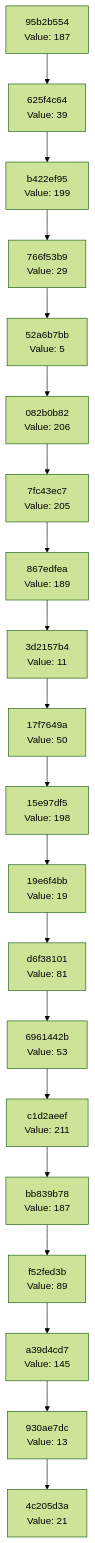
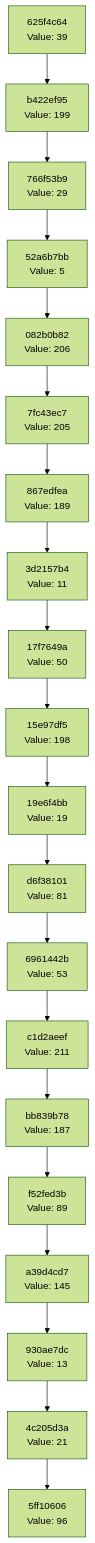
The diagram in docs/CHAIN_VISUALIZATION.md (Abhisheksinha1506/hash-chain-evolver), drawn with Mermaid (forest theme) before and after one commit. The commit also changed 3 other files, not shown here.

````diff
--- a/docs/CHAIN_VISUALIZATION.md
+++ b/docs/CHAIN_VISUALIZATION.md
@@ -3,42 +3,42 @@
 ```mermaid
 graph TD
-    C0["4c205d3a<br/>Value: 21"]
-    C1["930ae7dc<br/>Value: 13"]
+    C0["5ff10606<br/>Value: 96"]
+    C1["4c205d3a<br/>Value: 21"]
     C1 --> C0
-    C2["a39d4cd7<br/>Value: 145"]
+    C2["930ae7dc<br/>Value: 13"]
     C2 --> C1
-    C3["f52fed3b<br/>Value: 89"]
+    C3["a39d4cd7<br/>Value: 145"]
     C3 --> C2
-    C4["bb839b78<br/>Value: 187"]
+    C4["f52fed3b<br/>Value: 89"]
     C4 --> C3
-    C5["c1d2aeef<br/>Value: 211"]
+    C5["bb839b78<br/>Value: 187"]
     C5 --> C4
-    C6["6961442b<br/>Value: 53"]
+    C6["c1d2aeef<br/>Value: 211"]
     C6 --> C5
-    C7["d6f38101<br/>Value: 81"]
+    C7["6961442b<br/>Value: 53"]
     C7 --> C6
-    C8["19e6f4bb<br/>Value: 19"]
+    C8["d6f38101<br/>Value: 81"]
     C8 --> C7
-    C9["15e97df5<br/>Value: 198"]
+    C9["19e6f4bb<br/>Value: 19"]
     C9 --> C8
-    C10["17f7649a<br/>Value: 50"]
+    C10["15e97df5<br/>Value: 198"]
     C10 --> C9
-    C11["3d2157b4<br/>Value: 11"]
+    C11["17f7649a<br/>Value: 50"]
     C11 --> C10
-    C12["867edfea<br/>Value: 189"]
+    C12["3d2157b4<br/>Value: 11"]
     C12 --> C11
-    C13["7fc43ec7<br/>Value: 205"]
+    C13["867edfea<br/>Value: 189"]
     C13 --> C12
-    C14["082b0b82<br/>Value: 206"]
+    C14["7fc43ec7<br/>Value: 205"]
     C14 --> C13
-    C15["52a6b7bb<br/>Value: 5"]
+    C15["082b0b82<br/>Value: 206"]
     C15 --> C14
-    C16["766f53b9<br/>Value: 29"]
+    C16["52a6b7bb<br/>Value: 5"]
     C16 --> C15
-    C17["b422ef95<br/>Value: 199"]
+    C17["766f53b9<br/>Value: 29"]
     C17 --> C16
-    C18["625f4c64<br/>Value: 39"]
+    C18["b422ef95<br/>Value: 199"]
     C18 --> C17
-    C19["95b2b554<br/>Value: 187"]
+    C19["625f4c64<br/>Value: 39"]
     C19 --> C18
 ```
````
